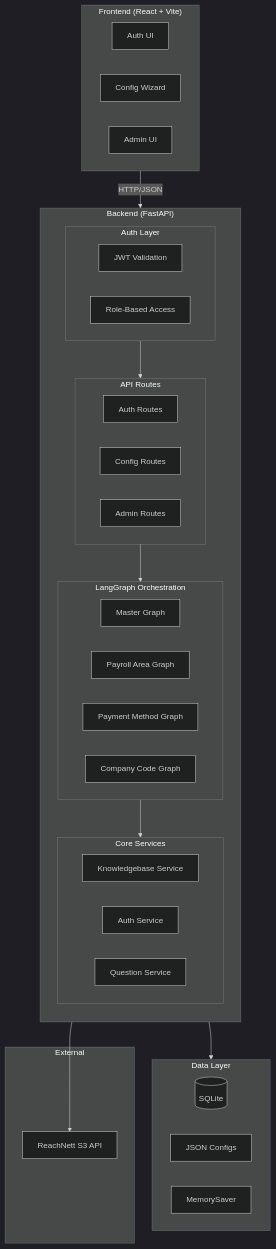
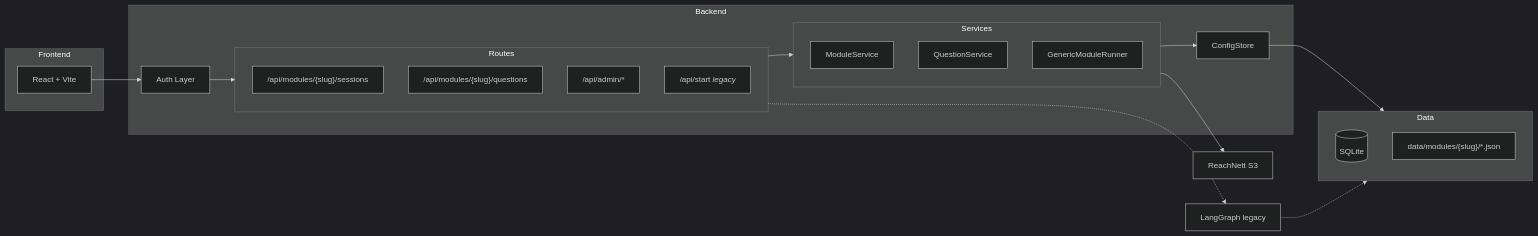
One commit to henryglee/turboSAP_payroll- changed the diagram in README.md. Above: the diagram before and after it, drawn with Mermaid (dark theme). The commit also changed other lines of this file, not shown here.

First line of the commit message:
Revise README with architecture details and cleanup

````diff
--- a/README.md
+++ b/README.md
@@ -85,60 +1,37 @@
 ```mermaid
 
-flowchart TB
-    subgraph Frontend["Frontend (React + Vite)"]
-        direction LR
-        AuthUI[Auth UI]
-        ConfigWiz[Config Wizard]
-        AdminUI[Admin UI]
+flowchart LR
+    subgraph Frontend
+        UI[React + Vite]
     end
 
-    Frontend -->|HTTP/JSON| Backend
-
-    subgraph Backend["Backend (FastAPI)"]
-        direction TB
-        
-        subgraph AuthLayer["Auth Layer"]
-            direction LR
-            JWT[JWT Validation]
-            RBAC[Role-Based Access]
+    subgraph Backend
+        Auth[Auth Layer]
+        subgraph Routes
+            R1["/api/modules/{slug}/sessions"]
+            R2["/api/modules/{slug}/questions"]
+            R3["/api/admin/*"]
+            R4["/api/start <i>legacy</i>"]
         end
-        
-        subgraph Routes["API Routes"]
-            direction LR
-            AuthR[Auth Routes]
-            ConfigR[Config Routes]
-            AdminR[Admin Routes]
+        subgraph Services
+            MS[ModuleService]
+            QS[QuestionService]
+            GMR[GenericModuleRunner]
         end
-        
-        subgraph LangGraph["LangGraph Orchestration"]
-            direction LR
-            Master[Master Graph]
-            Payroll[Payroll Area Graph]
-            Payment[Payment Method Graph]
-            Company[Company Code Graph]
-        end
-        
-        subgraph Services["Core Services"]
-            direction LR
-            KBSvc[Knowledgebase Service]
-            AuthSvc[Auth Service]
-            QuestionSvc[Question Service]
-        end
-
-        AuthLayer --> Routes --> LangGraph --> Services
+        CS[ConfigStore]
     end
 
-    subgraph Storage["Data Layer"]
-        direction LR
+    subgraph Data
         DB[(SQLite)]
-        JSON[JSON Configs]
-        Memory[MemorySaver]
+        JSON["data/modules/{slug}/*.json"]
     end
 
-    subgraph External["External"]
-        ReachNett[ReachNett S3 API]
-    end
+    External[ReachNett S3]
 
-    Backend --> Storage
-    Services --> ReachNett
+    UI --> Auth --> Routes --> Services --> CS --> Data
+    Routes -.-> LG[LangGraph legacy] -.-> Data
+    Services --> External
+
+
+
 ```
````
